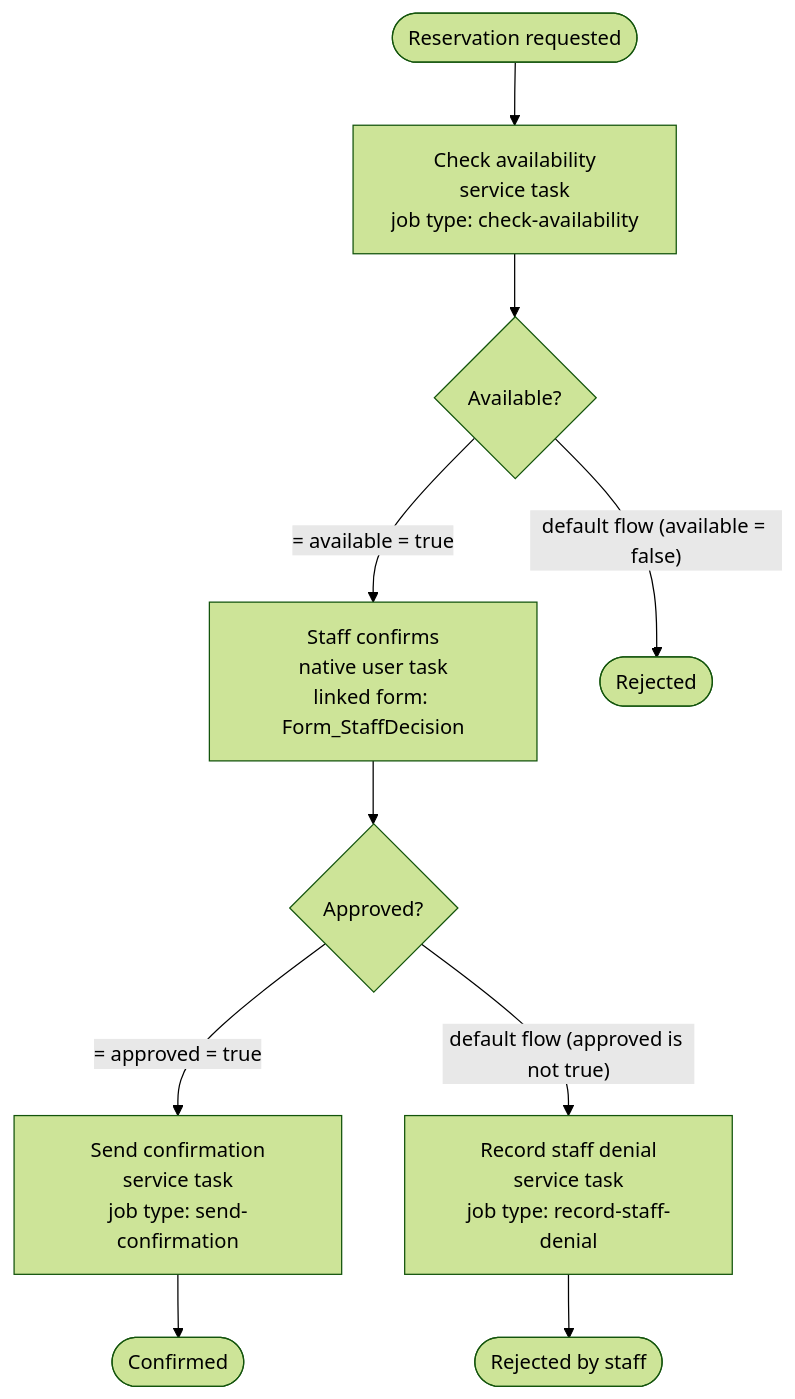
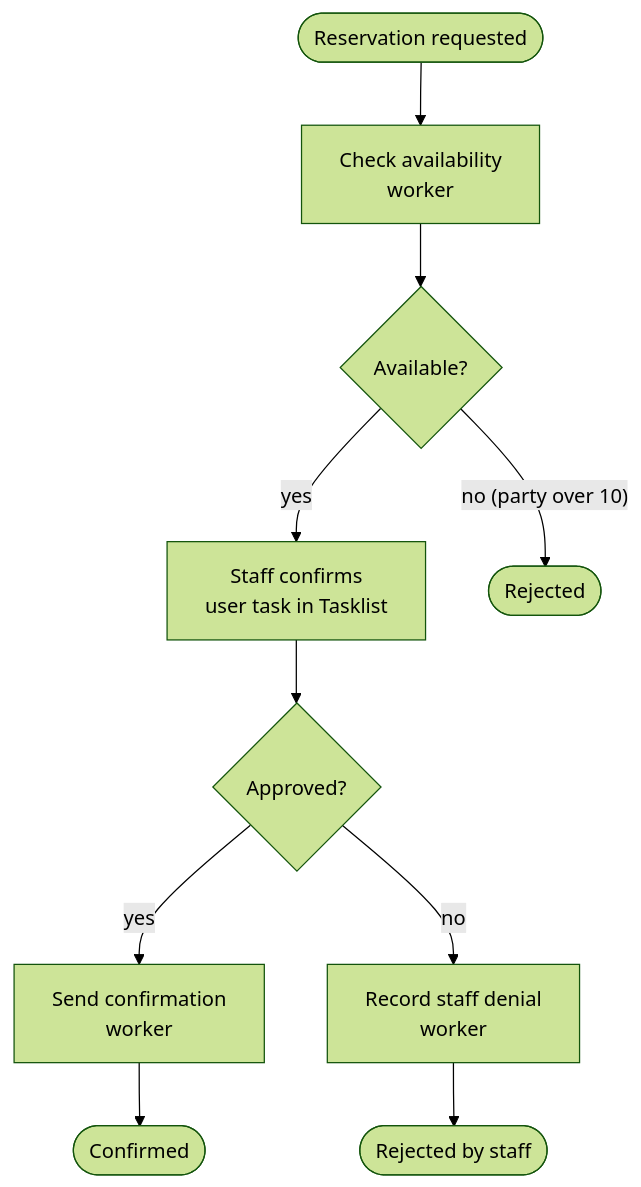
One commit to abdochemsi2004mu-rgb/camunda-reservation-demo changed the diagram in README.md. Above: the diagram before and after it, drawn with Mermaid (forest theme). The commit also changed other lines of this file, not shown here.

````diff
--- a/README.md
+++ b/README.md
@@ -192,12 +9,12 @@
 ```mermaid
 flowchart TD
-  Start([Reservation requested]) --> Check[Check availability<br/>service task<br/>job type: check-availability]
+  Start([Reservation requested]) --> Check[Check availability<br/>worker]
   Check --> Available{Available?}
-  Available -- "= available = true" --> Staff[Staff confirms<br/>native user task<br/>linked form: Form_StaffDecision]
-  Available -- "default flow (available = false)" --> Rejected([Rejected])
+  Available -- yes --> Staff[Staff confirms<br/>user task in Tasklist]
+  Available -- "no (party over 10)" --> Rejected([Rejected])
   Staff --> Approved{Approved?}
-  Approved -- "= approved = true" --> Confirm[Send confirmation<br/>service task<br/>job type: send-confirmation]
-  Approved -- "default flow (approved is not true)" --> Deny[Record staff denial<br/>service task<br/>job type: record-staff-denial]
+  Approved -- yes --> Confirm[Send confirmation<br/>worker]
+  Approved -- no --> Deny[Record staff denial<br/>worker]
   Confirm --> Confirmed([Confirmed])
   Deny --> RejectedByStaff([Rejected by staff])
 ```
````
